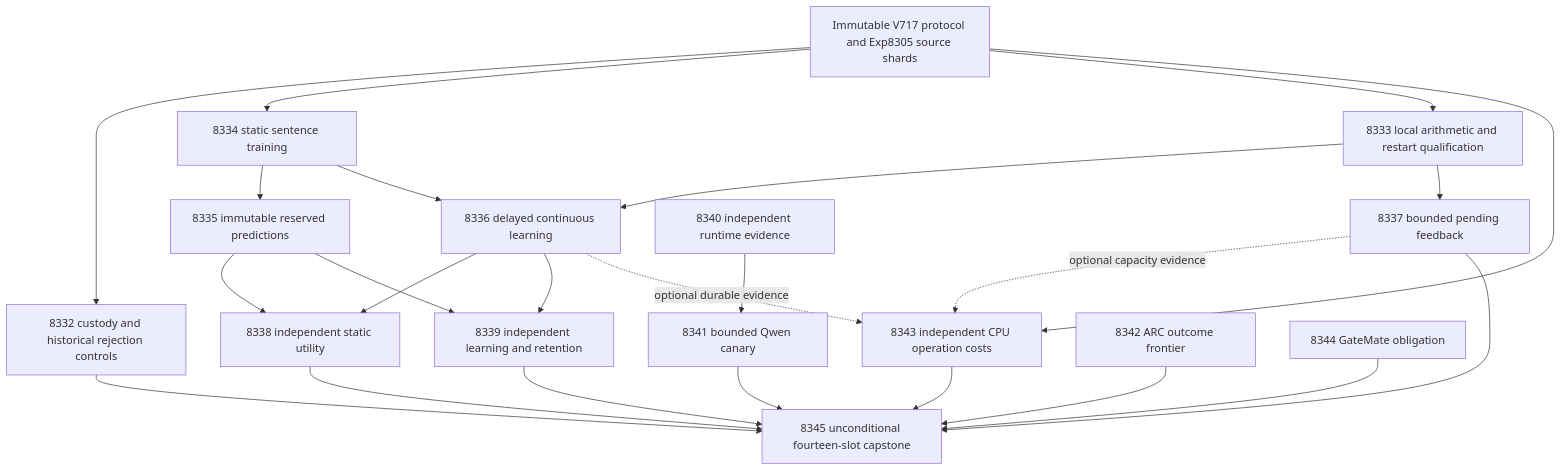
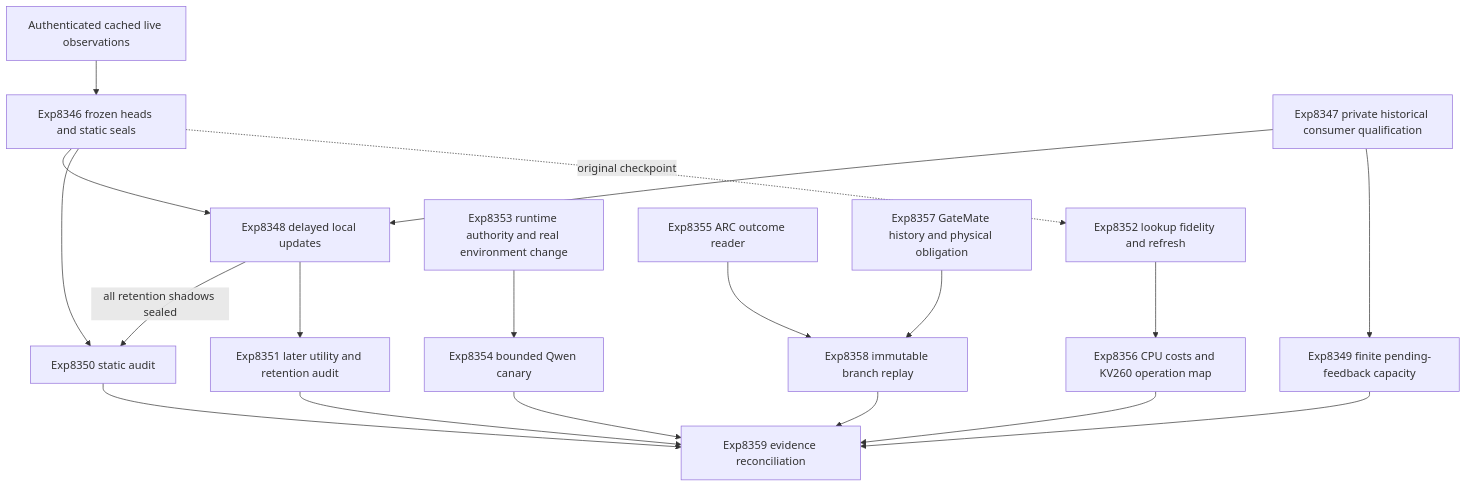
Before and after one commit to Carnot-EBM/carnot-ebm: the diagram in openspec/change-proposals/research-roadmap-vNEXT.md, drawn with Mermaid. The commit also changed other lines of this file and 14 other files, not shown here.

````diff
--- a/openspec/change-proposals/research-roadmap-vNEXT.md
+++ b/openspec/change-proposals/research-roadmap-vNEXT.md
@@ -92,26 +78,21 @@
 ```mermaid
 flowchart TD
-    P[Immutable V717 protocol and Exp8305 source shards] --> C[8332 custody and historical rejection controls]
-    P --> F[8334 static sentence training]
-    P --> K[8333 local arithmetic and restart qualification]
-    F --> S[8335 immutable reserved predictions]
-    F --> L[8336 delayed continuous learning]
-    K --> L
-    K --> Q[8337 bounded pending feedback]
-    S --> A[8338 independent static utility]
-    L --> A
-    S --> B[8339 independent learning and retention]
-    L --> B
-    R[8340 independent runtime evidence] --> G[8341 bounded Qwen canary]
-    P --> W[8343 independent CPU operation costs]
-    L -. optional durable evidence .-> W
-    Q -. optional capacity evidence .-> W
-    C --> Z[8345 unconditional fourteen-slot capstone]
-    A --> Z
-    B --> Z
-    Q --> Z
-    G --> Z
-    W --> Z
-    X[8342 ARC outcome frontier] --> Z
-    Y[8344 GateMate obligation] --> Z
+  A[Authenticated cached live observations] --> B[Exp8346 frozen heads and static seals]
+  C[Exp8347 private historical consumer qualification] --> D[Exp8348 delayed local updates]
+  B --> D
+  C --> E[Exp8349 finite pending-feedback capacity]
+  B --> F[Exp8350 static audit]
+  D -->|all retention shadows sealed| F
+  D --> G[Exp8351 later utility and retention audit]
+  B -. original checkpoint .-> H[Exp8352 lookup fidelity and refresh]
+  I[Exp8353 runtime authority and real environment change] --> J[Exp8354 bounded Qwen canary]
+  H --> K[Exp8356 CPU costs and KV260 operation map]
+  L[Exp8355 ARC outcome reader] --> N[Exp8358 immutable branch replay]
+  M[Exp8357 GateMate history and physical obligation] --> N
+  F --> O[Exp8359 evidence reconciliation]
+  G --> O
+  E --> O
+  K --> O
+  J --> O
+  N --> O
 ```
````
